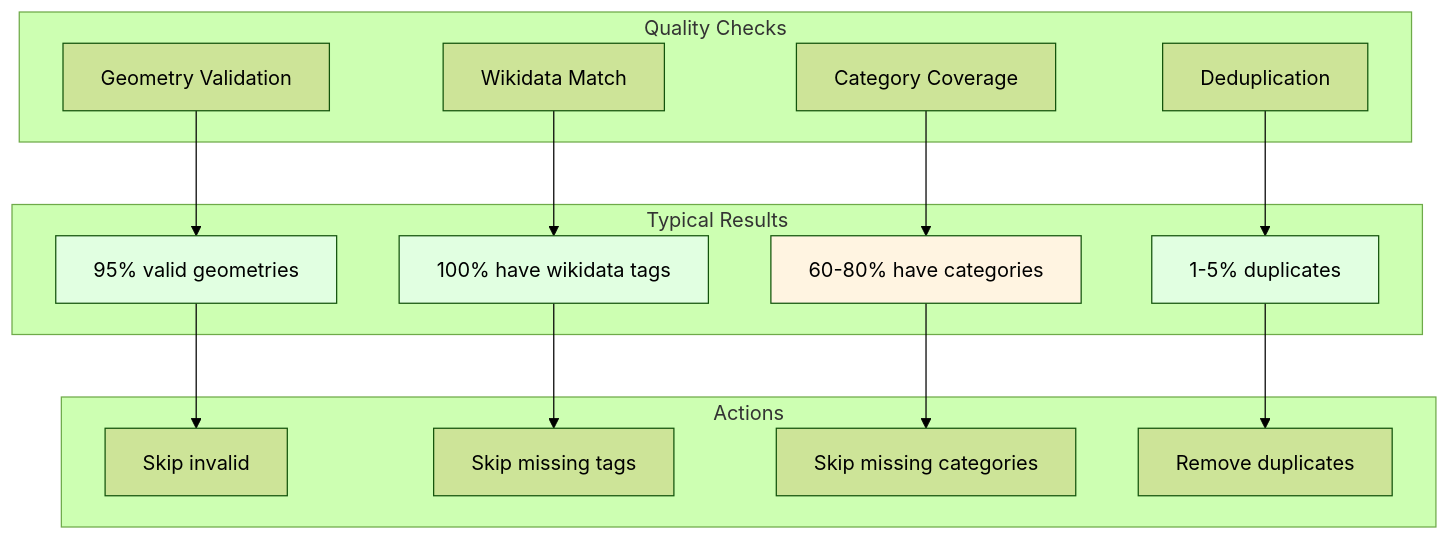
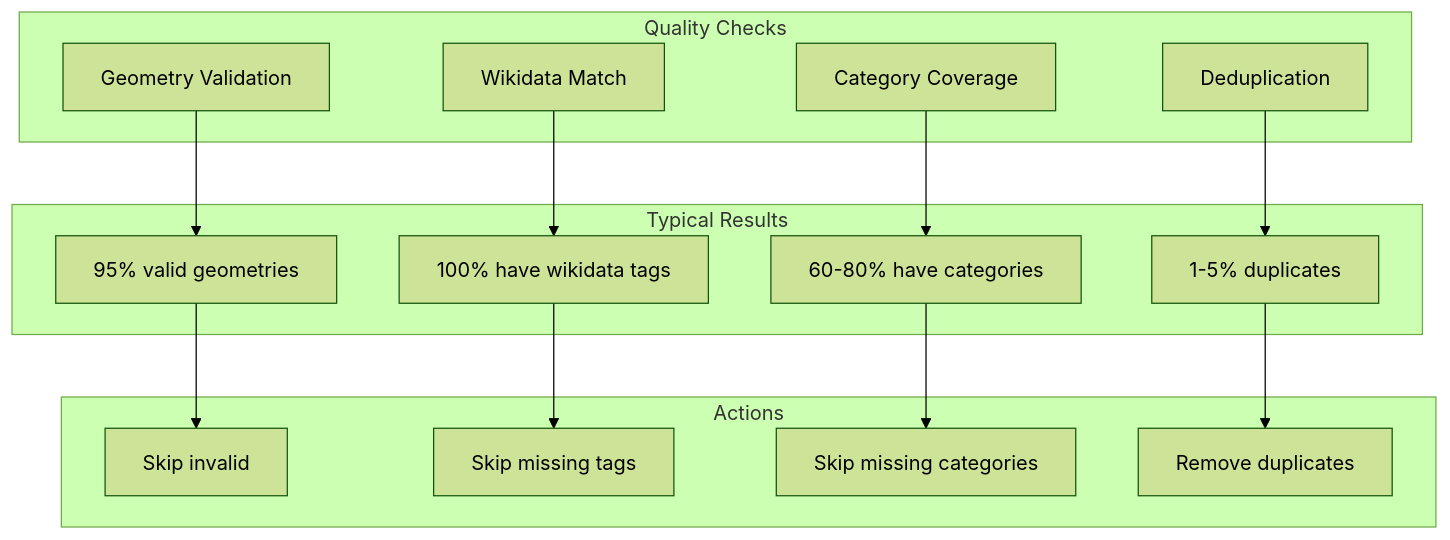
The eighth of 12 diagrams in docs/import/visual-overview.md (DaxServer/geocode-commons-categories), drawn with Mermaid (forest theme) before and after one commit. The commit also changed other lines of this file and 5 other files, not shown here.

````diff
--- a/docs/import/visual-overview.md
+++ b/docs/import/visual-overview.md
@@ -250,38 +225,34 @@
 ```mermaid
 graph TD
     subgraph "Quality Checks"
         Q1[Geometry Validation]
         Q2[Wikidata Match]
         Q3[Category Coverage]
         Q4[Deduplication]
     end
 
     subgraph "Typical Results"
         R1[95% valid geometries]
         R2[100% have wikidata tags]
         R3[60-80% have categories]
         R4[1-5% duplicates]
     end
 
     subgraph "Actions"
         A1[Skip invalid]
         A2[Skip missing tags]
         A3[Skip missing categories]
         A4[Remove duplicates]
     end
 
     Q1 --> R1
     Q2 --> R2
     Q3 --> R3
     Q4 --> R4
 
     R1 --> A1
     R2 --> A2
     R3 --> A3
     R4 --> A4
 
-    style R1 fill:#e1ffe1
-    style R2 fill:#e1ffe1
-    style R3 fill:#fff4e1
-    style R4 fill:#e1ffe1
 ```
````
